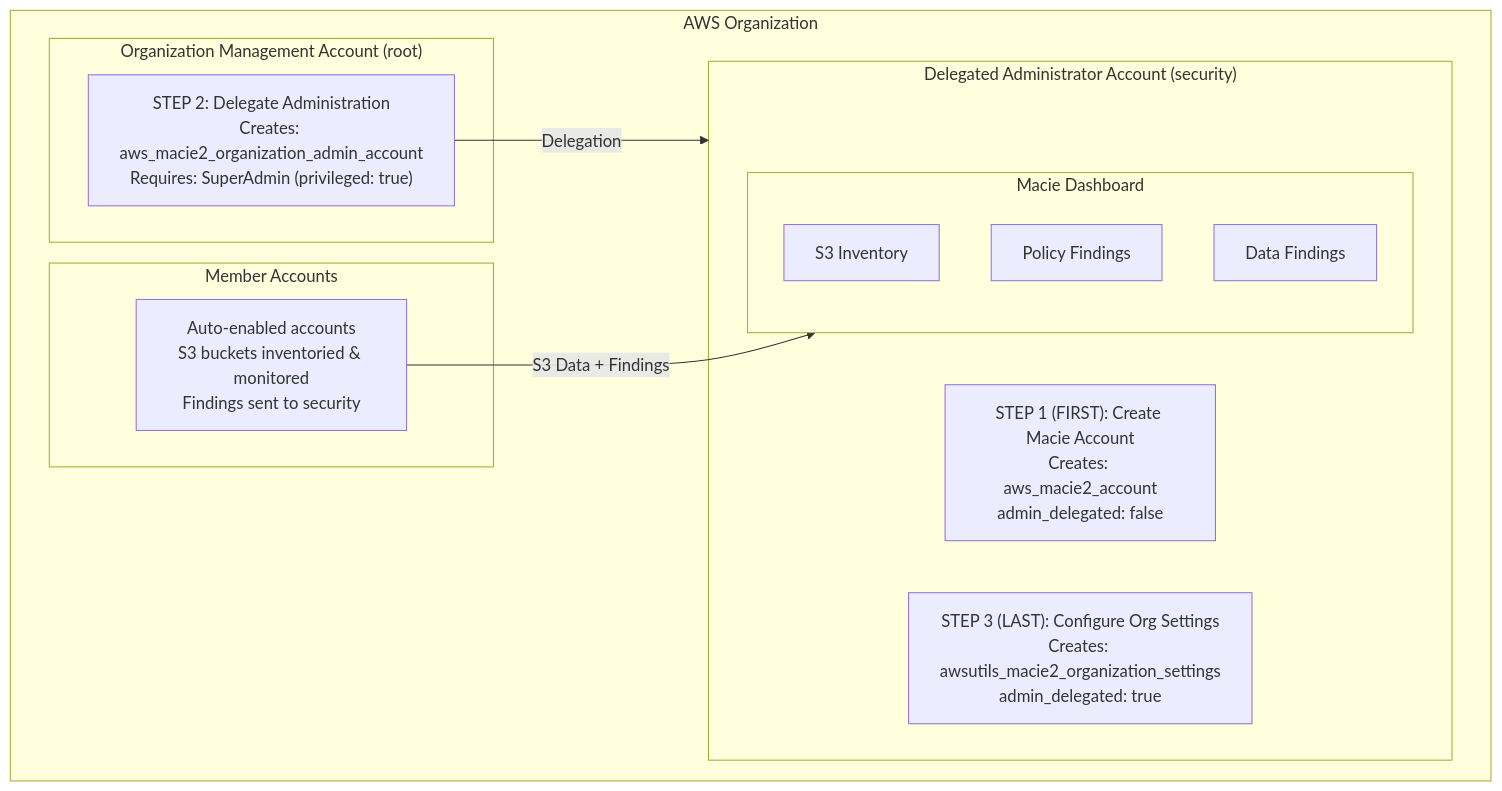
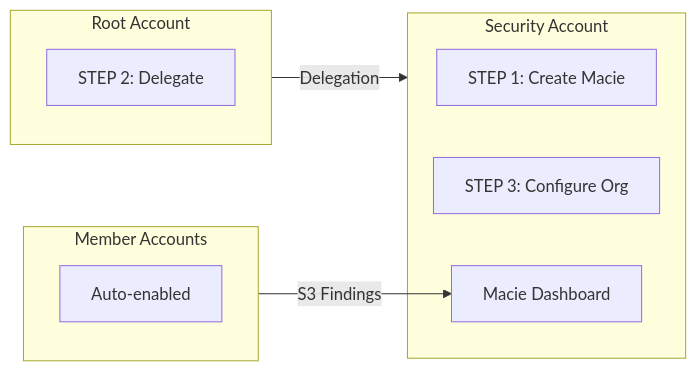
Before and after one commit to cloudposse/docs: the diagram in docs/layers/security-and-compliance/aws-macie.mdx, drawn with Mermaid. The commit also changed 10 other files, not shown here.

````diff
--- a/docs/layers/security-and-compliance/aws-macie.mdx
+++ b/docs/layers/security-and-compliance/aws-macie.mdx
@@ -38,25 +38,19 @@
 ```mermaid
-flowchart TB
-    subgraph org["AWS Organization"]
-        subgraph root["Organization Management Account (root)"]
-            step2["STEP 2: Delegate Administration<br/>Creates: aws_macie2_organization_admin_account<br/>Requires: SuperAdmin (privileged: true)"]
-        end
-
-        subgraph security["Delegated Administrator Account (security)"]
-            step1["STEP 1 (FIRST): Create Macie Account<br/>Creates: aws_macie2_account<br/>admin_delegated: false"]
-            step3["STEP 3 (LAST): Configure Org Settings<br/>Creates: awsutils_macie2_organization_settings<br/>admin_delegated: true"]
-            subgraph dashboard["Macie Dashboard"]
-                inventory["S3 Inventory"]
-                policy["Policy Findings"]
-                data["Data Findings"]
-            end
-        end
-
-        subgraph members["Member Accounts"]
-            member["Auto-enabled accounts<br/>S3 buckets inventoried & monitored<br/>Findings sent to security"]
-        end
+flowchart LR
+    subgraph root["Root Account"]
+        step2["STEP 2: Delegate"]
     end
 
-    step2 -->|"Delegation"| security
-    member -->|"S3 Data + Findings"| dashboard
+    subgraph security["Security Account"]
+        step1["STEP 1: Create Macie"]
+        step3["STEP 3: Configure Org"]
+        dashboard["Macie Dashboard"]
+    end
+
+    subgraph members["Member Accounts"]
+        member["Auto-enabled"]
+    end
+
+    root -->|"Delegation"| security
+    members -->|"S3 Findings"| dashboard
 ```
````
